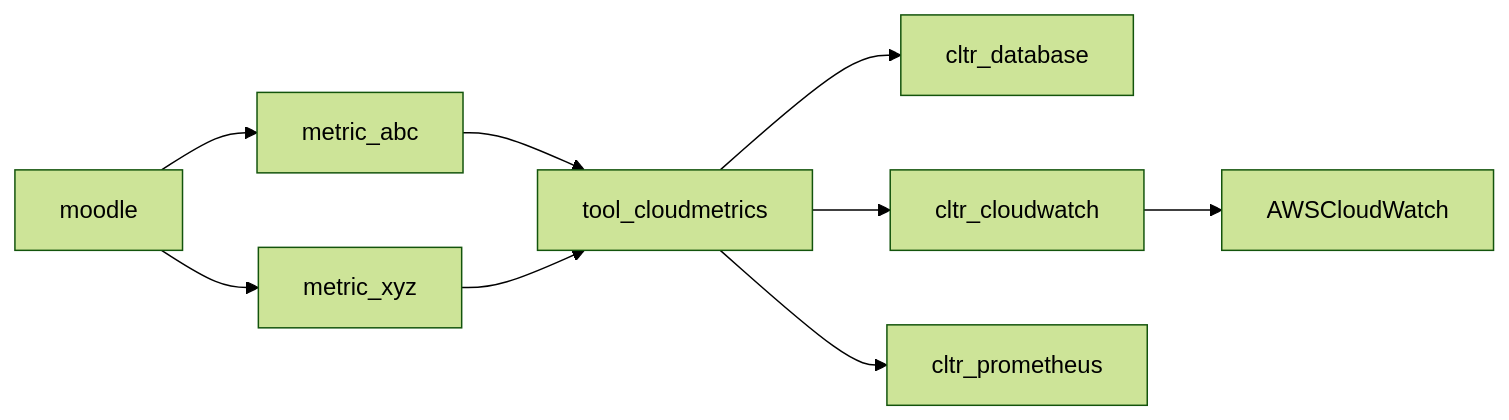
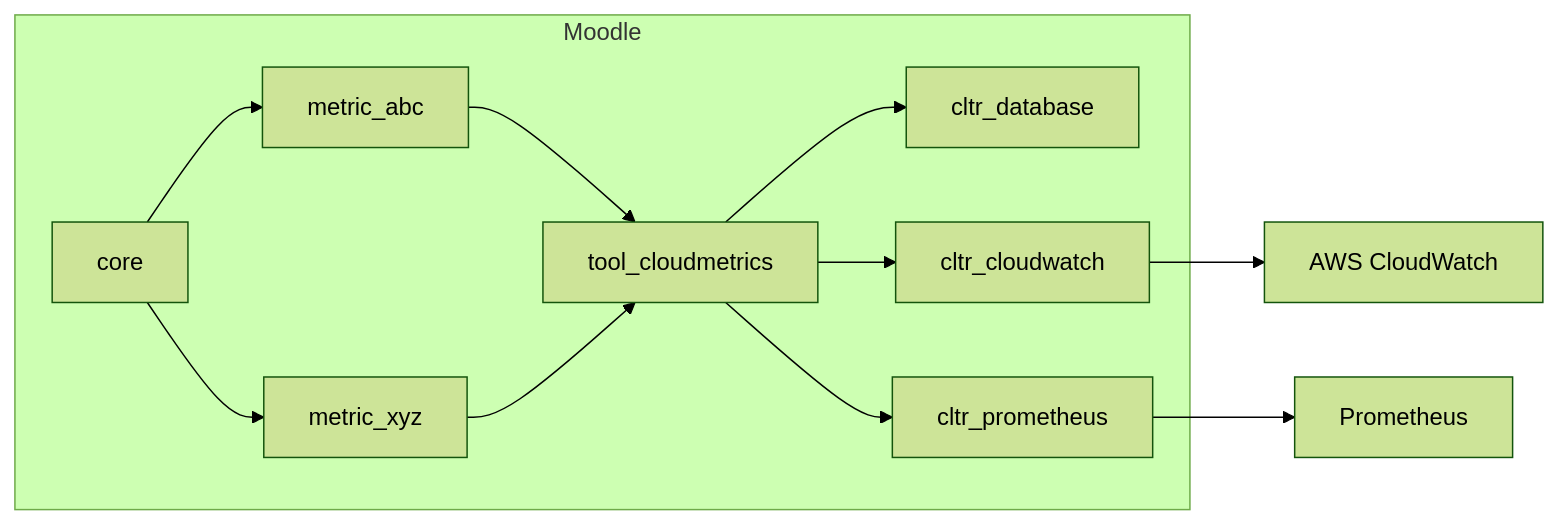
The diagram in README.md (brendanheywood/moodle-tool_cloudmetrics), drawn with Mermaid (forest theme) before and after one commit.

````diff
--- a/README.md
+++ b/README.md
@@ -40,11 +40,14 @@
 ```mermaid
   graph LR;
-      moodle-->metric_abc;
-      moodle-->metric_xyz;
-      metric_abc-->tool_cloudmetrics
-      metric_xyz-->tool_cloudmetrics
-      tool_cloudmetrics-->cltr_database;
-      tool_cloudmetrics-->cltr_cloudwatch;
-      tool_cloudmetrics-->cltr_prometheus;
-      cltr_cloudwatch-->AWSCloudWatch;
+          subgraph Moodle
+          core-->metric_abc;
+          core-->metric_xyz;
+          metric_abc-->tool_cloudmetrics
+          metric_xyz-->tool_cloudmetrics
+          tool_cloudmetrics-->cltr_database;
+          tool_cloudmetrics-->cltr_cloudwatch;
+          tool_cloudmetrics-->cltr_prometheus;
+      end
+      cltr_cloudwatch --> cw[AWS CloudWatch];
+      cltr_prometheus --> Prometheus;
 ```
````
